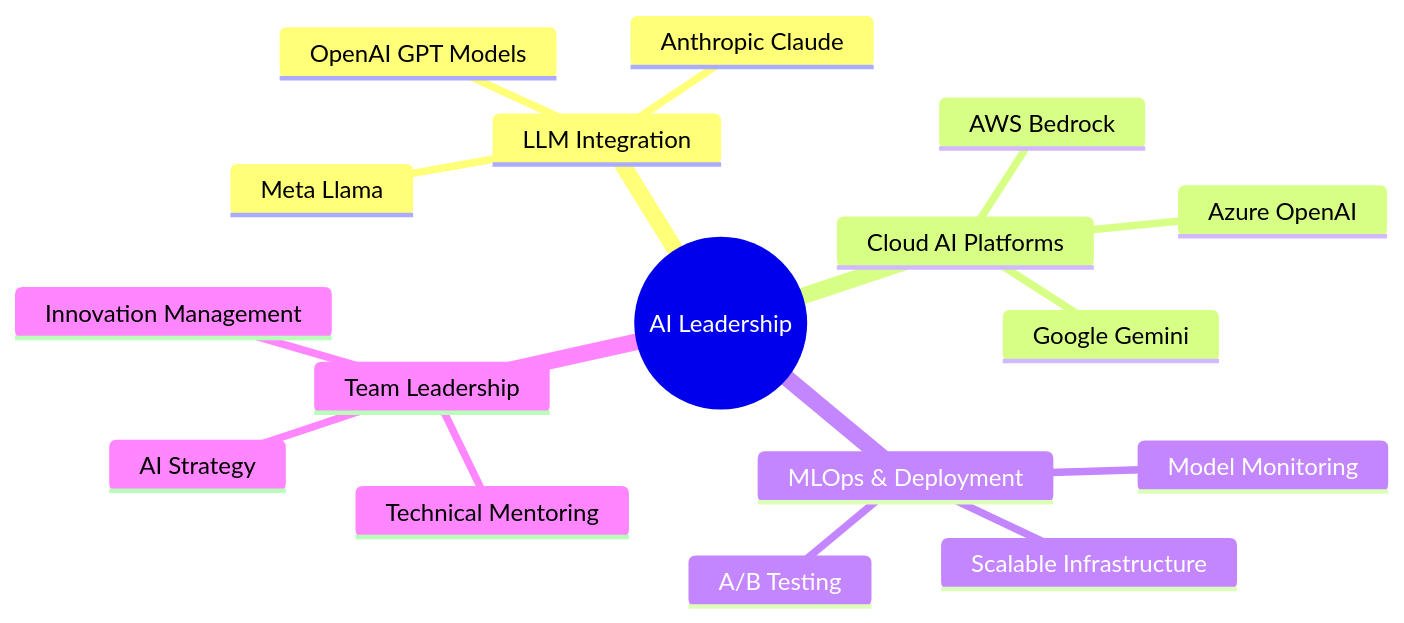
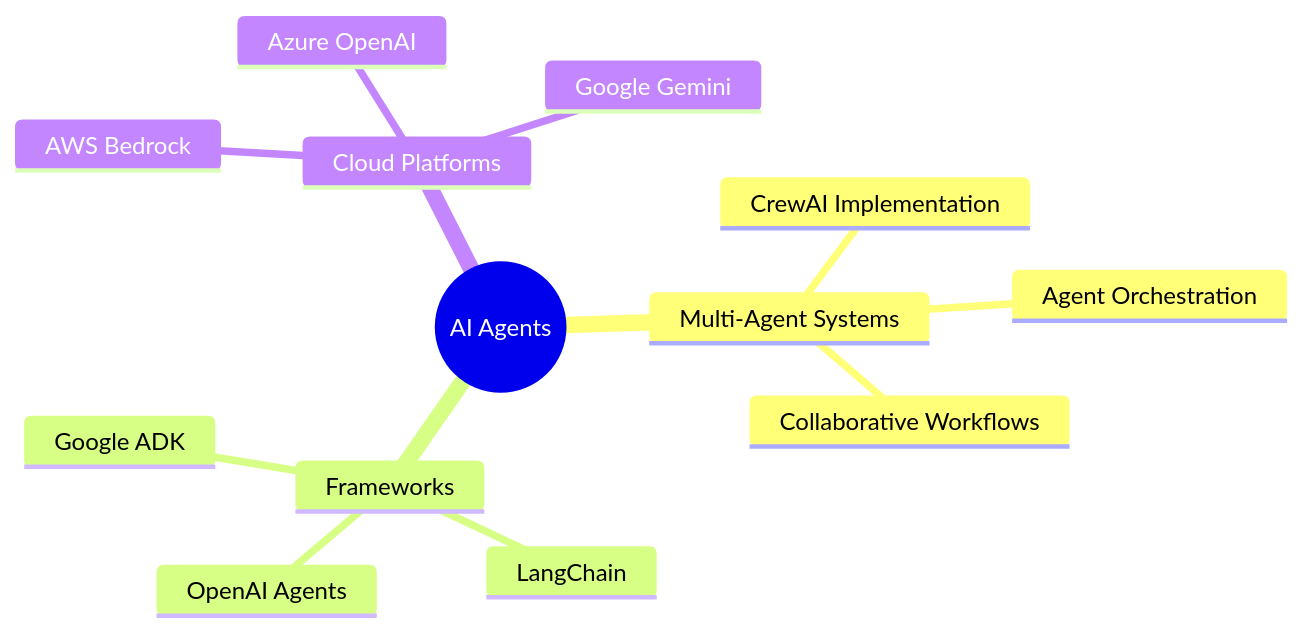
The diagram in README.md (hugocarvalhopc/hugocarvalhopc), drawn with Mermaid before and after one commit. The commit also changed other lines of this file, not shown here.

````diff
--- a/README.md
+++ b/README.md
@@ -144,20 +97,16 @@
 ```mermaid
 mindmap
-  root((AI Leadership))
-    LLM Integration
-      OpenAI GPT Models
-      Anthropic Claude
-      Meta Llama
-    Cloud AI Platforms
+  root((AI Agents))
+    Multi-Agent Systems
+      CrewAI Implementation
+      Agent Orchestration
+      Collaborative Workflows
+    Frameworks
+      OpenAI Agents
+      LangChain
+      Google ADK
+    Cloud Platforms
       AWS Bedrock
+      Azure OpenAI
       Google Gemini
-      Azure OpenAI
-    MLOps & Deployment
-      Model Monitoring
-      A/B Testing
-      Scalable Infrastructure
-    Team Leadership
-      AI Strategy
-      Technical Mentoring
-      Innovation Management
 ```
````
